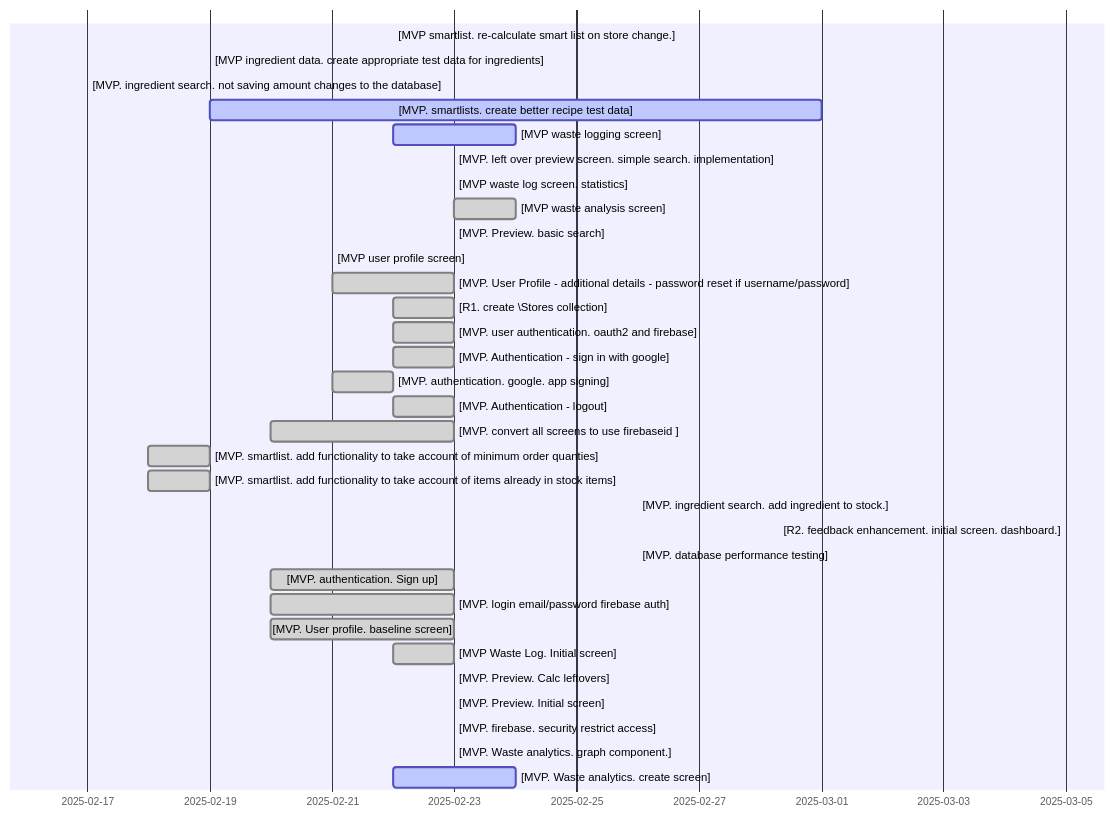
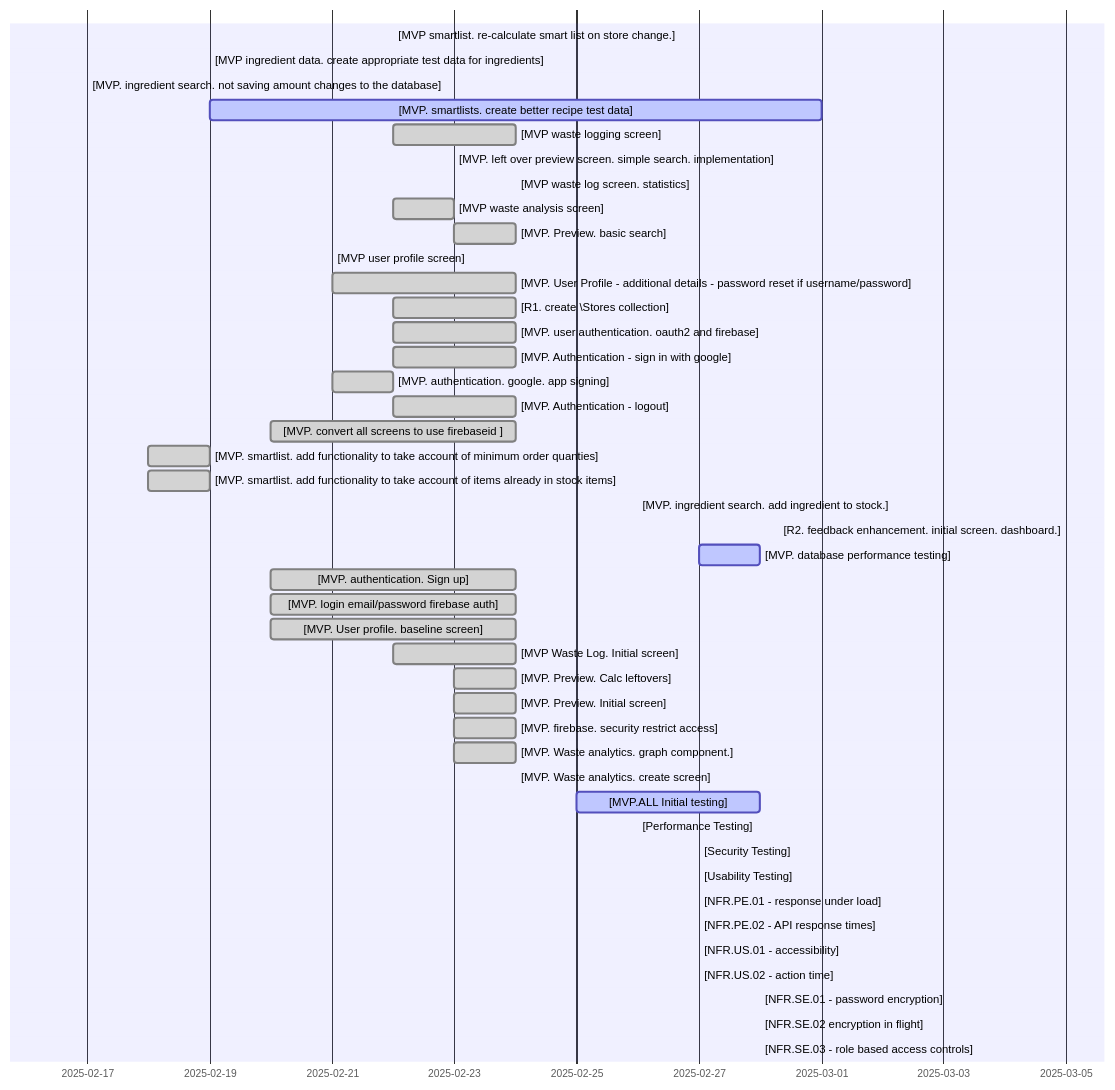
The diagram in README.md (jbrun001/foodmanager), drawn with Mermaid before and after one commit.

Commit message:
project plan exported from roadmap

````diff
--- a/README.md
+++ b/README.md
@@ -3,36 +3,47 @@
 ```mermaid
 gantt
     dateFormat  YYYY-MM-DD
     
     [MVP smartlist. re-calculate smart list on store change.] : done, 2025-02-22, 2025-02-22
     [MVP ingredient data. create appropriate test data for ingredients] : done, 2025-02-19, 2025-02-19
     [MVP. ingredient search. not saving amount changes to the database] : done, 2025-02-17, 2025-02-17
     [MVP. smartlists. create better recipe test data] : active, 2025-02-19, 2025-03-01
-    [MVP waste logging screen] : active, 2025-02-22, 2025-02-24
+    [MVP waste logging screen] : done, 2025-02-22, 2025-02-24
     [MVP. left over preview screen. simple search. implementation] : done, 2025-02-23, 2025-02-23
-    [MVP waste log screen. statistics] : active, 2025-02-24, 2025-02-23
-    [MVP waste analysis screen] : done, 2025-02-23, 2025-02-24
-    [MVP. Preview. basic search] : done, 2025-02-23, 2025-02-23
+    [MVP waste log screen. statistics] : done, 2025-02-25, 2025-02-24
+    [MVP waste analysis screen] : done, 2025-02-22, 2025-02-23
+    [MVP. Preview. basic search] : done, 2025-02-23, 2025-02-24
     [MVP user profile screen] : done, 2025-02-21, 2025-02-21
-    [MVP. User Profile - additional details - password reset if username/password] : done, 2025-02-21, 2025-02-23
-    [R1. create \Stores collection] : done, 2025-02-22, 2025-02-23
-    [MVP. user authentication. oauth2 and firebase] : done, 2025-02-22, 2025-02-23
-    [MVP. Authentication - sign in with google] : done, 2025-02-22, 2025-02-23
+    [MVP. User Profile - additional details - password reset if username/password] : done, 2025-02-21, 2025-02-24
+    [R1. create \Stores collection] : done, 2025-02-22, 2025-02-24
+    [MVP. user authentication. oauth2 and firebase] : done, 2025-02-22, 2025-02-24
+    [MVP. Authentication - sign in with google] : done, 2025-02-22, 2025-02-24
     [MVP. authentication. google. app signing] : done, 2025-02-21, 2025-02-22
-    [MVP. Authentication - logout] : done, 2025-02-22, 2025-02-23
-    [MVP. convert all screens to use firebaseid ] : done, 2025-02-20, 2025-02-23
+    [MVP. Authentication - logout] : done, 2025-02-22, 2025-02-24
+    [MVP. convert all screens to use firebaseid ] : done, 2025-02-20, 2025-02-24
     [MVP. smartlist. add functionality to take account of minimum order quanties] : done, 2025-02-18, 2025-02-19
     [MVP. smartlist. add functionality to take account of items already in stock items] : done, 2025-02-18, 2025-02-19
     [MVP. ingredient search. add ingredient to stock.] : active, 2025-02-26, 2025-02-26
     [R2. feedback enhancement. initial screen. dashboard.] : active, 2025-03-05, 2025-03-05
-    [MVP. database performance testing] : active, 2025-02-26, 2025-02-26
-    [MVP. authentication. Sign up] : done, 2025-02-20, 2025-02-23
-    [MVP. login email/password firebase auth] : done, 2025-02-20, 2025-02-23
-    [MVP. User profile. baseline screen] : done, 2025-02-20, 2025-02-23
-    [MVP Waste Log. Initial screen] : done, 2025-02-22, 2025-02-23
-    [MVP. Preview. Calc leftovers] : done, 2025-02-23, 2025-02-23
-    [MVP. Preview. Initial screen] : done, 2025-02-23, 2025-02-23
-    [MVP. firebase. security restrict access] : done, 2025-02-23, 2025-02-23
-    [MVP. Waste analytics. graph component.] : done, 2025-02-23, 2025-02-23
-    [MVP. Waste analytics. create screen] : active, 2025-02-22, 2025-02-24
+    [MVP. database performance testing] : active, 2025-02-27, 2025-02-28
+    [MVP. authentication. Sign up] : done, 2025-02-20, 2025-02-24
+    [MVP. login email/password firebase auth] : done, 2025-02-20, 2025-02-24
+    [MVP. User profile. baseline screen] : done, 2025-02-20, 2025-02-24
+    [MVP Waste Log. Initial screen] : done, 2025-02-22, 2025-02-24
+    [MVP. Preview. Calc leftovers] : done, 2025-02-23, 2025-02-24
+    [MVP. Preview. Initial screen] : done, 2025-02-23, 2025-02-24
+    [MVP. firebase. security restrict access] : done, 2025-02-23, 2025-02-24
+    [MVP. Waste analytics. graph component.] : done, 2025-02-23, 2025-02-24
+    [MVP. Waste analytics. create screen] : done, 2025-02-24, 2025-02-24
+    [MVP.ALL Initial testing] : active, 2025-02-25, 2025-02-28
+    [Performance Testing] : active, 2025-02-26, 2025-02-26
+    [Security Testing] : active, 2025-02-27, 2025-02-27
+    [Usability Testing] : active, 2025-02-27, 2025-02-27
+    [NFR.PE.01 - response under load] : active, 2025-02-27, 2025-02-27
+    [NFR.PE.02 - API response times] : active, 2025-02-27, 2025-02-27
+    [NFR.US.01 -  accessibility] : active, 2025-02-27, 2025-02-27
+    [NFR.US.02 - action time] : active, 2025-02-27, 2025-02-27
+    [NFR.SE.01 - password encryption] : active, 2025-02-28, 2025-02-28
+    [NFR.SE.02 encryption in flight] : active, 2025-02-28, 2025-02-28
+    [NFR.SE.03 - role based access controls] : active, 2025-02-28, 2025-02-28
 ```
````
